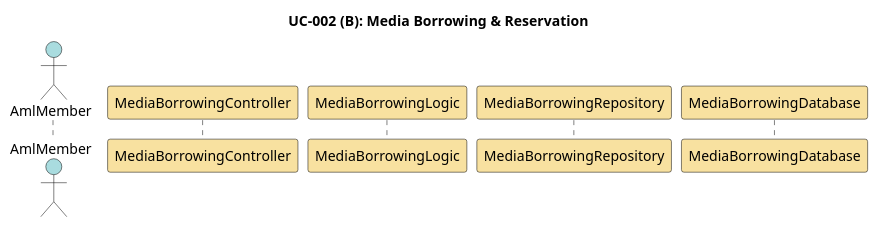
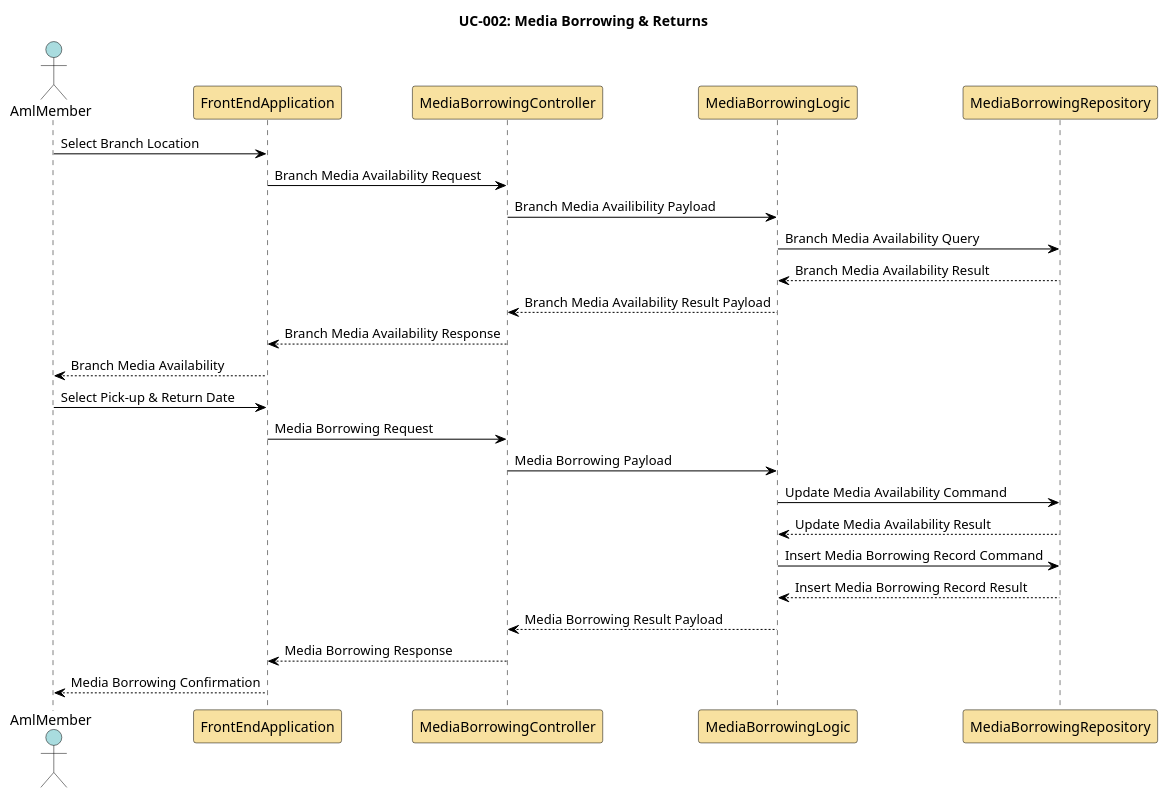
One commit to Nox-iv/group-11 changed the diagram in documentation/uml-sequence/media-borrowing/media-borrowing-2.puml. Above: the diagram before and after it, drawn with PlantUML.

Commit message:
Media Borrowing & Return - basic sequence diagram.

```diff
--- a/documentation/uml-sequence/media-borrowing/media-borrowing-2.puml
+++ b/documentation/uml-sequence/media-borrowing/media-borrowing-2.puml
@@ -1,28 +1,50 @@
 @startuml media-borrowing
 
 skinparam sequence {
     ActorBorderColor Black
     ActorBackgroundColor #A9DCDF
     ParticipantBorderColor Black
     ParticipantBackgroundColor #F8E1A0
     LifeLineBorderColor Black
     LifeLineBackgroundColor White
     NoteBorderColor Black
     NoteBackgroundColor #FEFECE
     ArrowColor Black
     ArrowThickness 1
     ActivationBorderColor Black
     ActivationBackgroundColor #B3E2CD
 }
 
-title UC-002 (B): Media Borrowing & Reservation
+title UC-002: Media Borrowing & Returns
 
 actor AmlMember as aml_member
+participant FrontEndApplication as front_end
 participant MediaBorrowingController as media_borrowing_controller
 participant MediaBorrowingLogic as media_borrowing_logic
 participant MediaBorrowingRepository as media_borrowing_repo
-participant MediaBorrowingDatabase as media_borrowing_db
+
+aml_member -> front_end: Select Branch Location
+front_end -> media_borrowing_controller: Branch Media Availability Request
+media_borrowing_controller -> media_borrowing_logic: Branch Media Availibility Payload
+media_borrowing_logic -> media_borrowing_repo: Branch Media Availability Query
+media_borrowing_repo --> media_borrowing_logic: Branch Media Availability Result
+media_borrowing_logic --> media_borrowing_controller: Branch Media Availability Result Payload
+media_borrowing_controller --> front_end: Branch Media Availability Response
+front_end --> aml_member: Branch Media Availability 
+
+aml_member -> front_end: Select Pick-up & Return Date
+front_end -> media_borrowing_controller: Media Borrowing Request
+media_borrowing_controller -> media_borrowing_logic: Media Borrowing Payload
+media_borrowing_logic -> media_borrowing_repo: Update Media Availability Command
+media_borrowing_repo --> media_borrowing_logic: Update Media Availability Result
+media_borrowing_logic -> media_borrowing_repo: Insert Media Borrowing Record Command
+media_borrowing_repo --> media_borrowing_logic: Insert Media Borrowing Record Result
+media_borrowing_logic --> media_borrowing_controller: Media Borrowing Result Payload
+media_borrowing_controller --> front_end: Media Borrowing Response
+front_end --> aml_member: Media Borrowing Confirmation
+
+
 
 
 
 @enduml
```
